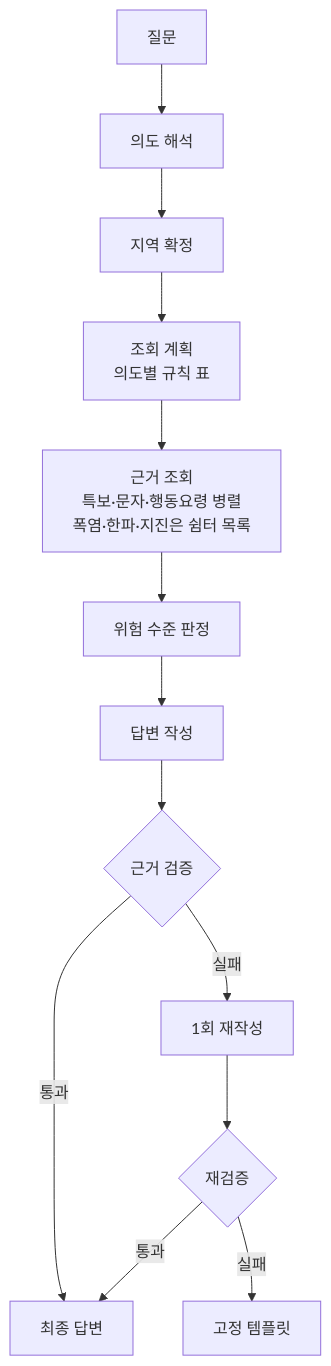
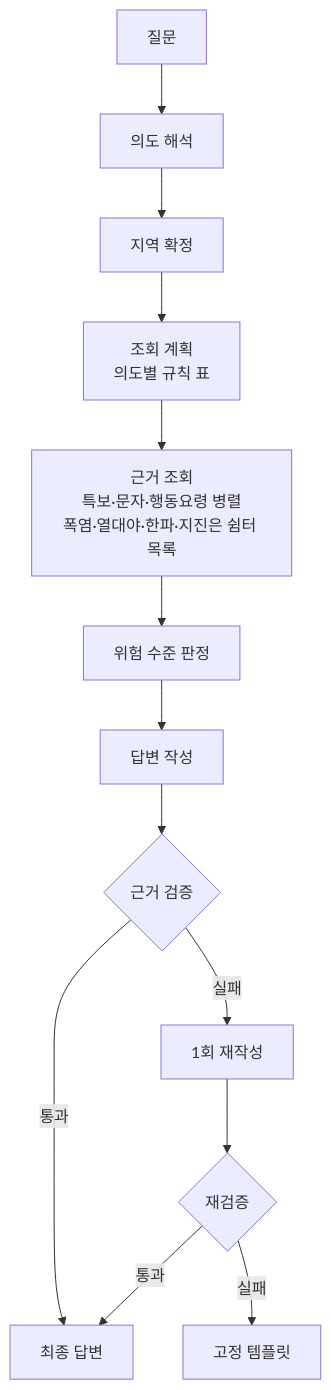
One commit to DDARK00/disaster-alert-agent changed the second of 2 diagrams in README.md. Above: the diagram before and after it, drawn with Mermaid. The commit also changed other lines of this file and 17 other files, not shown here.

````diff
--- a/README.md
+++ b/README.md
@@ -29,14 +29,14 @@
 ```mermaid
 flowchart TD
     Q[질문] --> I[의도 해석]
     I --> R[지역 확정]
     R --> P[조회 계획<br/>의도별 규칙 표]
-    P --> E[근거 조회<br/>특보·문자·행동요령 병렬<br/>폭염·한파·지진은 쉼터 목록]
+    P --> E[근거 조회<br/>특보·문자·행동요령 병렬<br/>폭염·열대야·한파·지진은 쉼터 목록]
     E --> J[위험 수준 판정]
     J --> W[답변 작성]
     W --> V{근거 검증}
     V -->|통과| O[최종 답변]
     V -->|실패| W2[1회 재작성] --> V2{재검증}
     V2 -->|통과| O
     V2 -->|실패| T[고정 템플릿]
 ```
````
